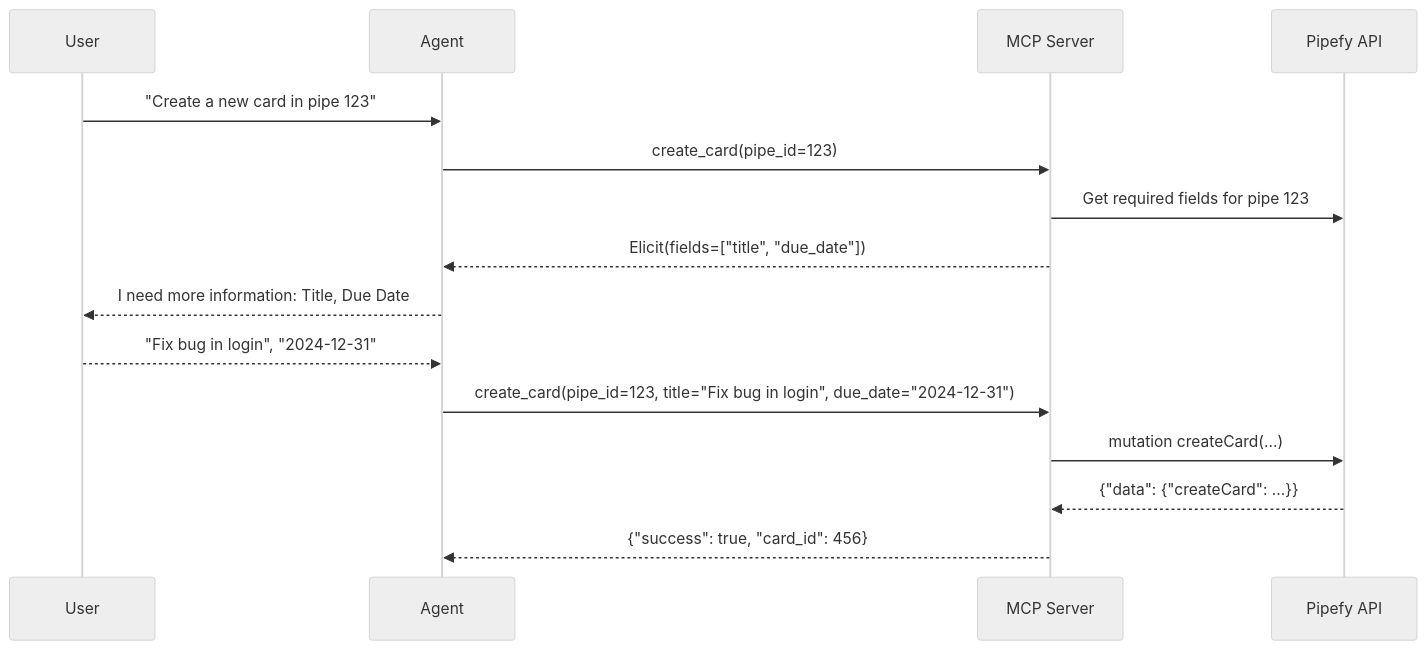
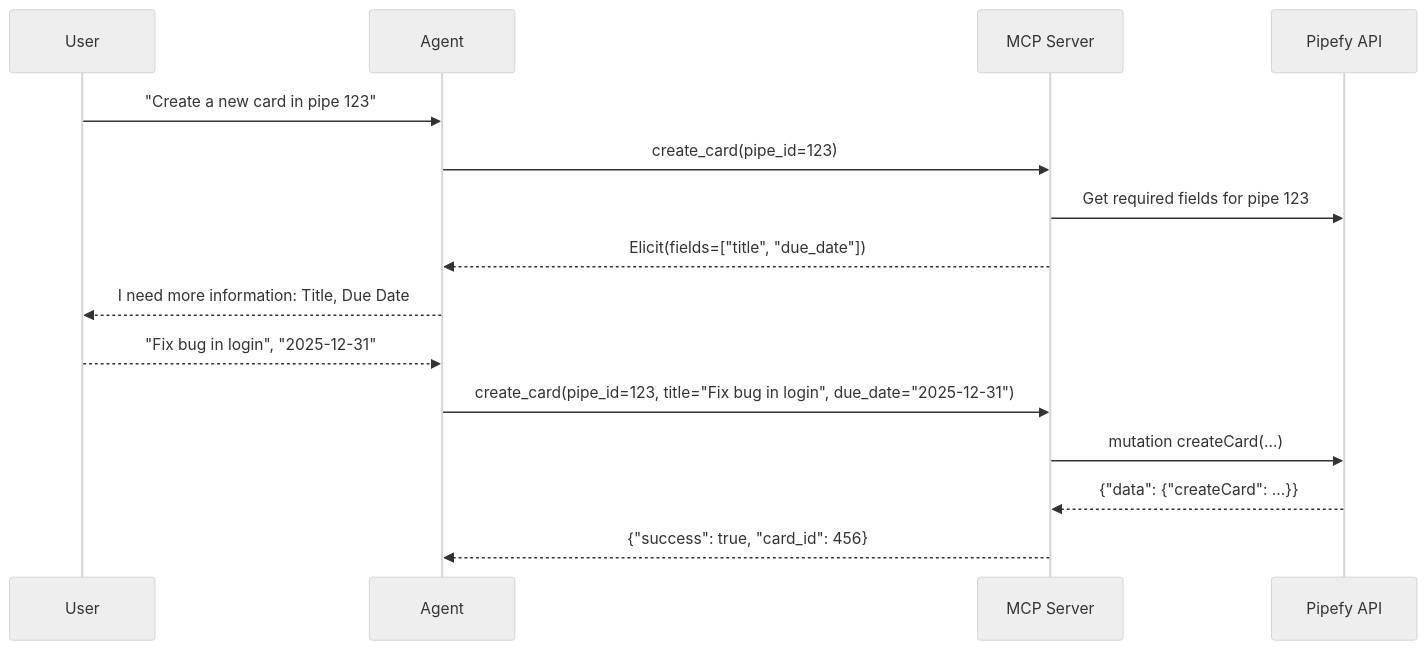
The diagram in README.md (gbrlcustodio/pipefy-mcp-server), drawn with Mermaid (neutral theme) before and after one commit. The commit also changed other lines of this file, not shown here.

Commit message:
📝 Update Elicitation section for improved clarity

````diff
--- a/README.md
+++ b/README.md
@@ -47,18 +47,18 @@
     ```mermaid
     sequenceDiagram
         participant U as User
         participant A as Agent
         participant S as MCP Server
         participant P as Pipefy API
 
         U->>A: "Create a new card in pipe 123"
         A->>S: create_card(pipe_id=123)
         S->>P: Get required fields for pipe 123
         S-->>A: Elicit(fields=["title", "due_date"])
         A-->>U: I need more information: Title, Due Date
-        U-->>A: "Fix bug in login", "2024-12-31"
-        A->>S: create_card(pipe_id=123, title="Fix bug in login", due_date="2024-12-31")
+        U-->>A: "Fix bug in login", "2025-12-31"
+        A->>S: create_card(pipe_id=123, title="Fix bug in login", due_date="2025-12-31")
         S->>P: mutation createCard(...)
         P-->>S: {"data": {"createCard": ...}}
         S-->>A: {"success": true, "card_id": 456}
     ```
````
